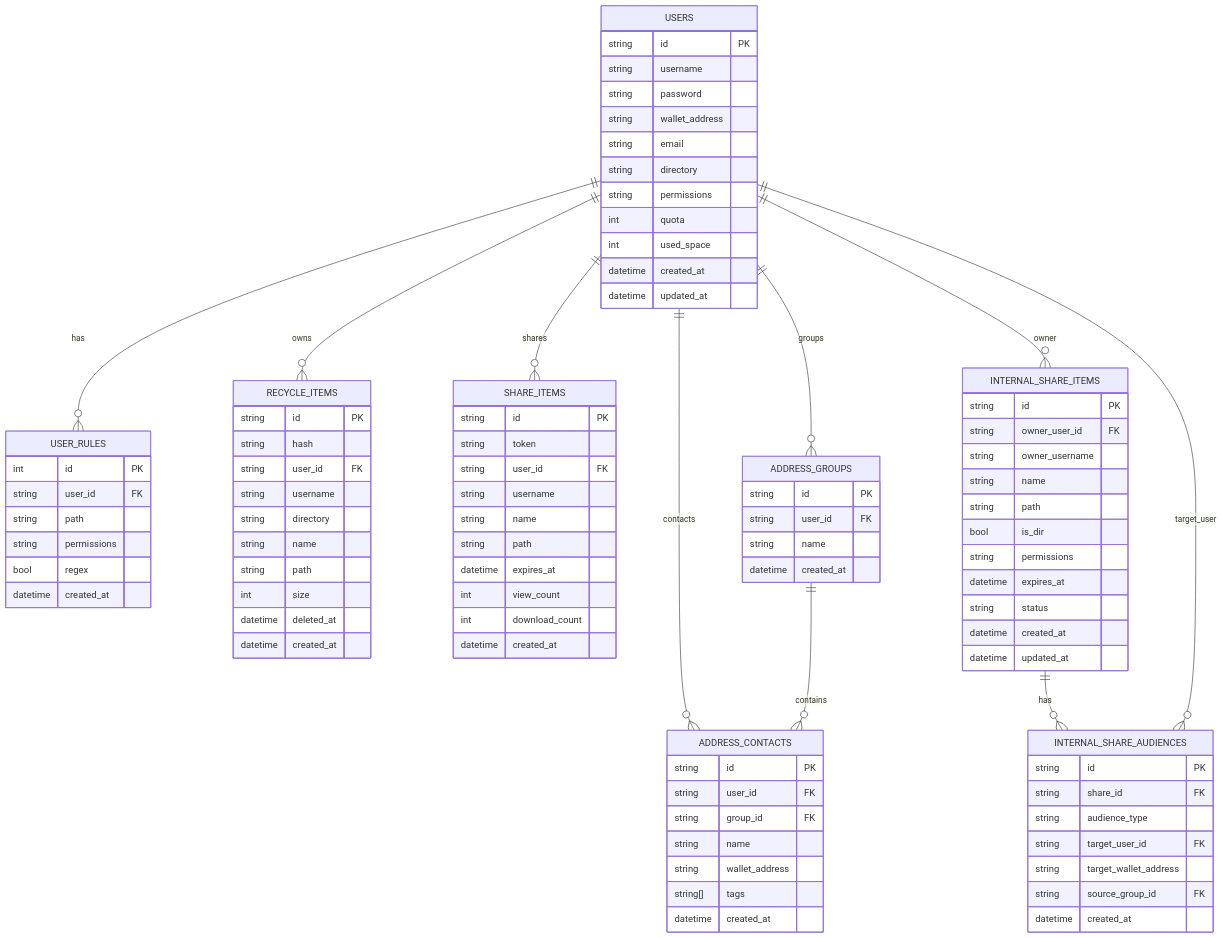
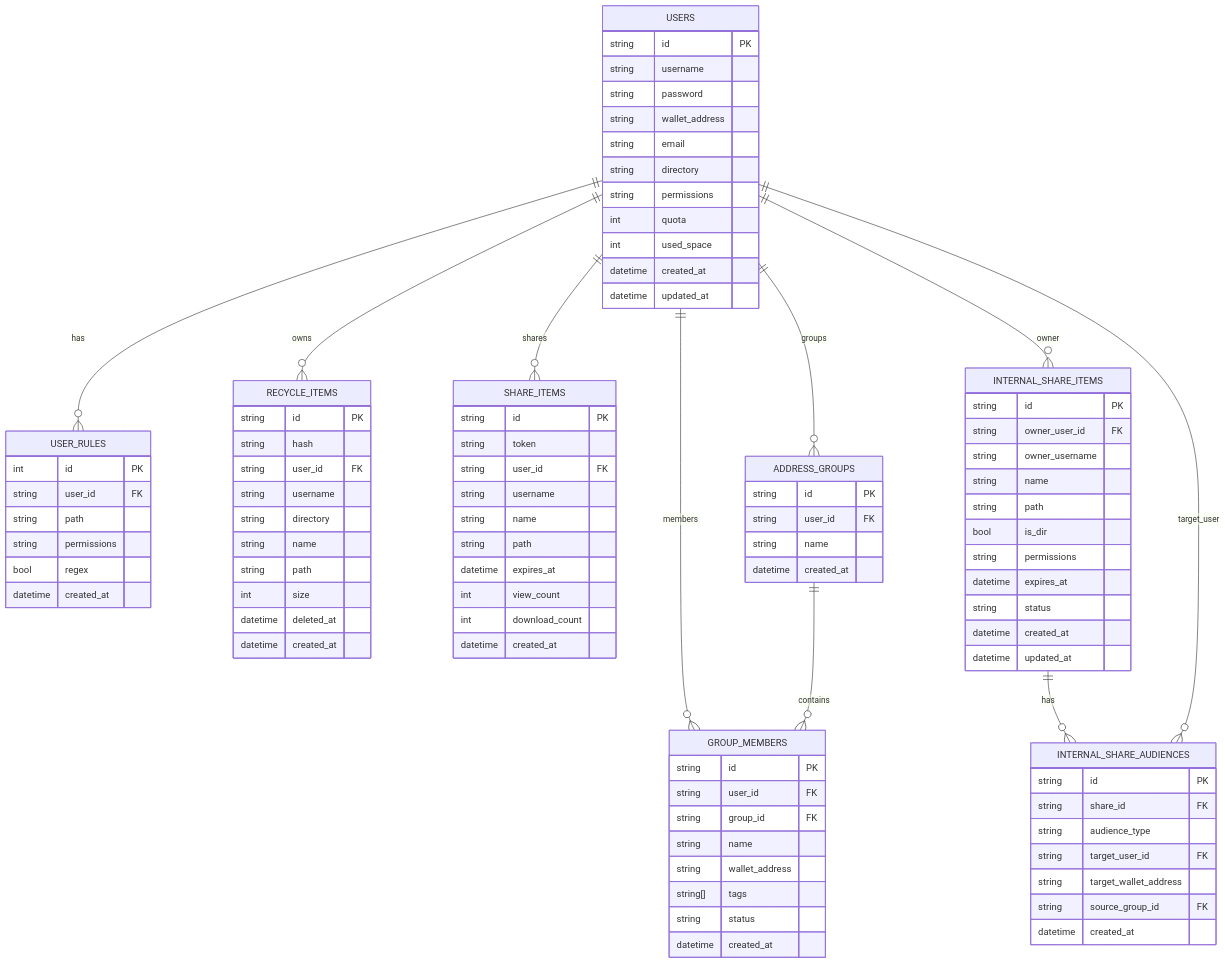
One commit to yeying-community/warehouse changed the diagram in docs/数据模型.md. Above: the diagram before and after it, drawn with Mermaid. The commit also changed other lines of this file and 14 other files, not shown here.

````diff
--- a/docs/数据模型.md
+++ b/docs/数据模型.md
@@ -10,8 +10,8 @@
     USERS ||--o{ RECYCLE_ITEMS : owns
     USERS ||--o{ SHARE_ITEMS : shares
     USERS ||--o{ ADDRESS_GROUPS : groups
-    USERS ||--o{ ADDRESS_CONTACTS : contacts
-    ADDRESS_GROUPS ||--o{ ADDRESS_CONTACTS : contains
+    USERS ||--o{ GROUP_MEMBERS : members
+    ADDRESS_GROUPS ||--o{ GROUP_MEMBERS : contains
 
     USERS ||--o{ INTERNAL_SHARE_ITEMS : owner
     INTERNAL_SHARE_ITEMS ||--o{ INTERNAL_SHARE_AUDIENCES : has
@@ -97,13 +97,14 @@
         datetime created_at
     }
 
-    ADDRESS_CONTACTS {
+    GROUP_MEMBERS {
         string id PK
         string user_id FK
         string group_id FK
         string name
         string wallet_address
         string[] tags
+        string status
         datetime created_at
     }
 ```
````
